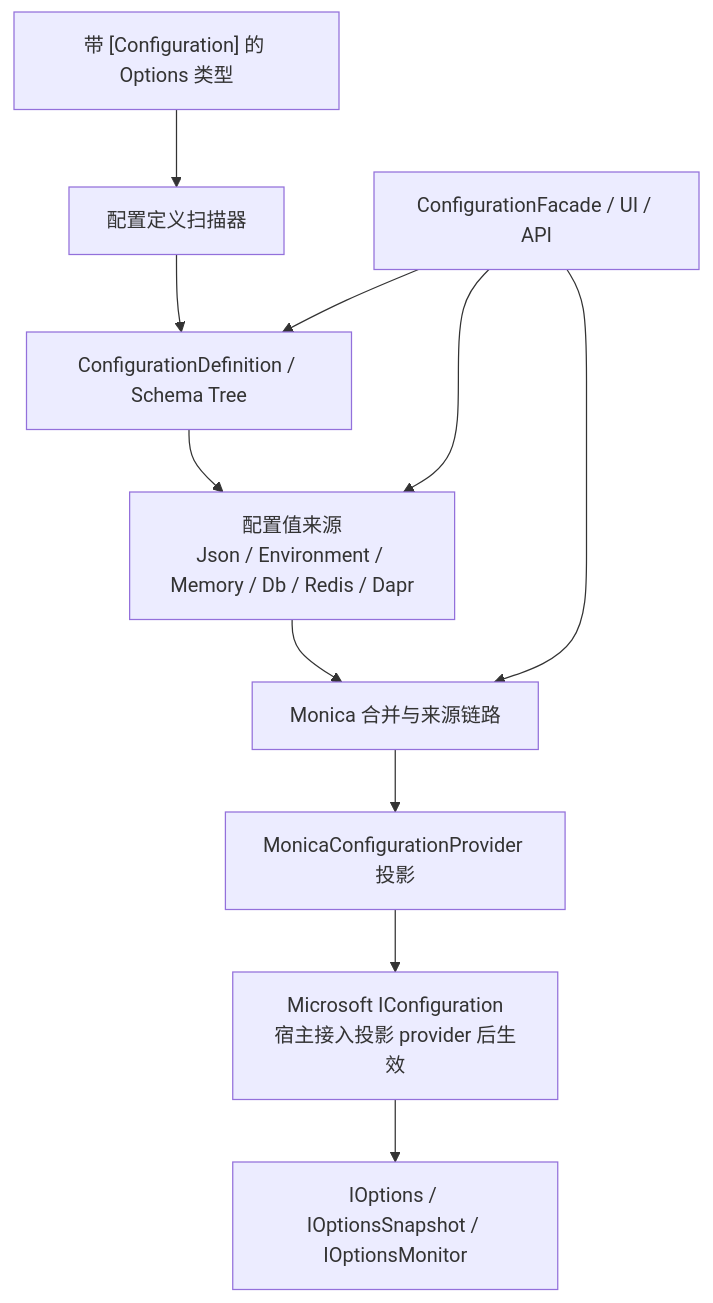
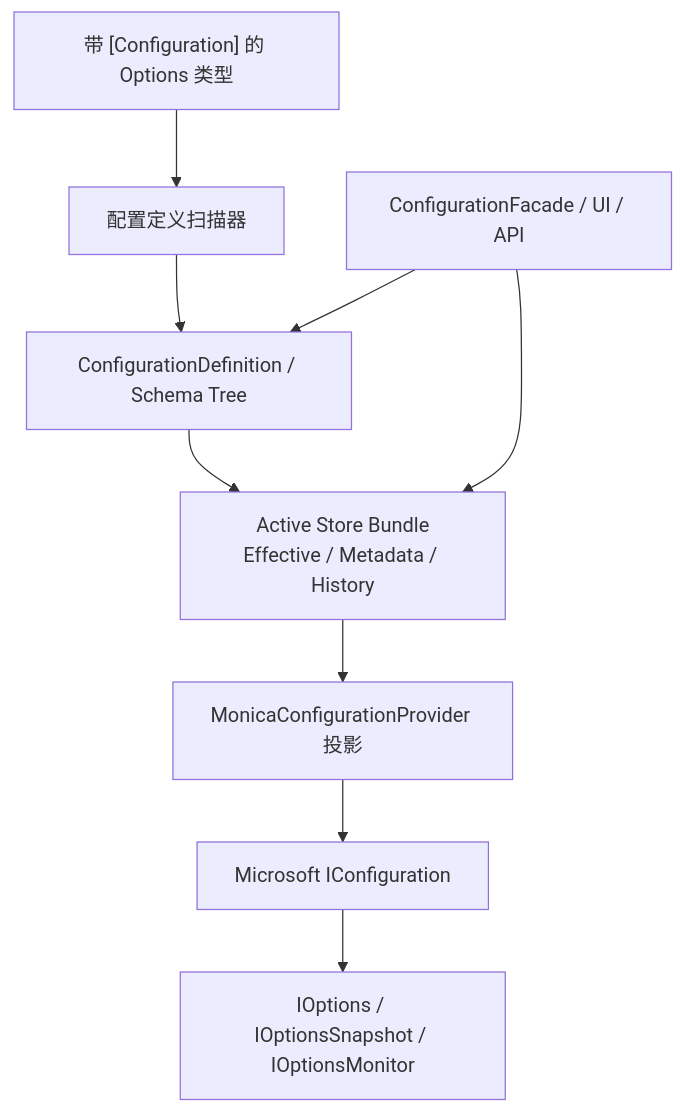
The diagram in docs/zh-CN/modules/configuration/index.md (Tairitsua/Monica.Docs), drawn with Mermaid before and after one commit. The commit also changed other lines of this file and 12 other files, not shown here.

First line of the commit message:
docs!: update configuration storage architecture

````diff
--- a/docs/zh-CN/modules/configuration/index.md
+++ b/docs/zh-CN/modules/configuration/index.md
@@ -31,19 +31,16 @@
 ```mermaid
 flowchart TB
     optionType["带 [Configuration] 的 Options 类型"]
     scanner["配置定义扫描器"]
     schema["ConfigurationDefinition / Schema Tree"]
-    sources["配置值来源<br/>Json / Environment / Memory / Db / Redis / Dapr"]
-    merge["Monica 合并与来源链路"]
+    store["Active Store Bundle<br/>Effective / Metadata / History"]
     projection["MonicaConfigurationProvider 投影"]
-    microsoft["Microsoft IConfiguration<br/>宿主接入投影 provider 后生效"]
+    microsoft["Microsoft IConfiguration"]
     options["IOptions<T> / IOptionsSnapshot<T> / IOptionsMonitor<T>"]
     facade["ConfigurationFacade / UI / API"]
 
     optionType --> scanner --> schema
-    schema --> sources
-    sources --> merge --> projection --> microsoft --> options
+    schema --> store --> projection --> microsoft --> options
     facade --> schema
-    facade --> sources
-    facade --> merge
+    facade --> store
 ```
````
